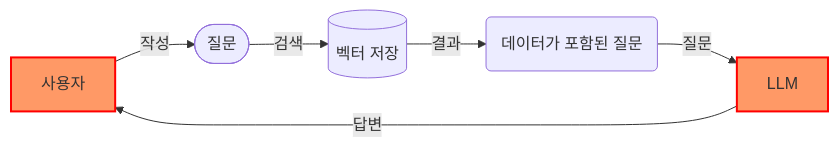
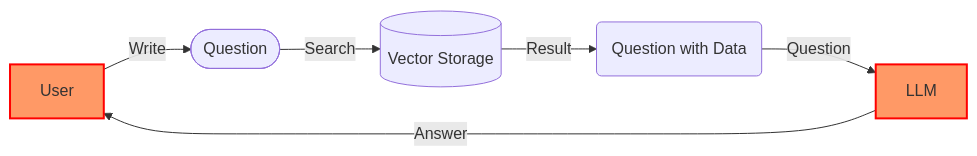
One commit to realbits-lab/gitbook changed the diagram in ko/realbits/overview.md. Above: the diagram before and after it, drawn with Mermaid. The commit also changed other lines of this file, not shown here.

Commit message:
💬Generate LLM translations

````diff
--- a/ko/realbits/overview.md
+++ b/ko/realbits/overview.md
@@ -17,11 +17,11 @@
 ```mermaid
 graph LR
   style U fill:#f96,stroke:#f00,stroke-width:2px
   style L fill:#f96,stroke:#f00,stroke-width:2px
 
-  U["사용자"] -->|작성|Q(["질문"])
-  Q -->|검색|V[("벡터 저장")]
-  V -->|결과|T("데이터가 포함된 질문")
-  T -->|질문|L["LLM"]
-  L -->|답변|U
+  U["User"] -->|Write|Q(["Question"])
+  Q -->|Search|V[("Vector Storage")]
+  V -->|Result|T("Question with Data")
+  T -->|Question|L["LLM"]
+  L -->|Answer|U
 ```
````
